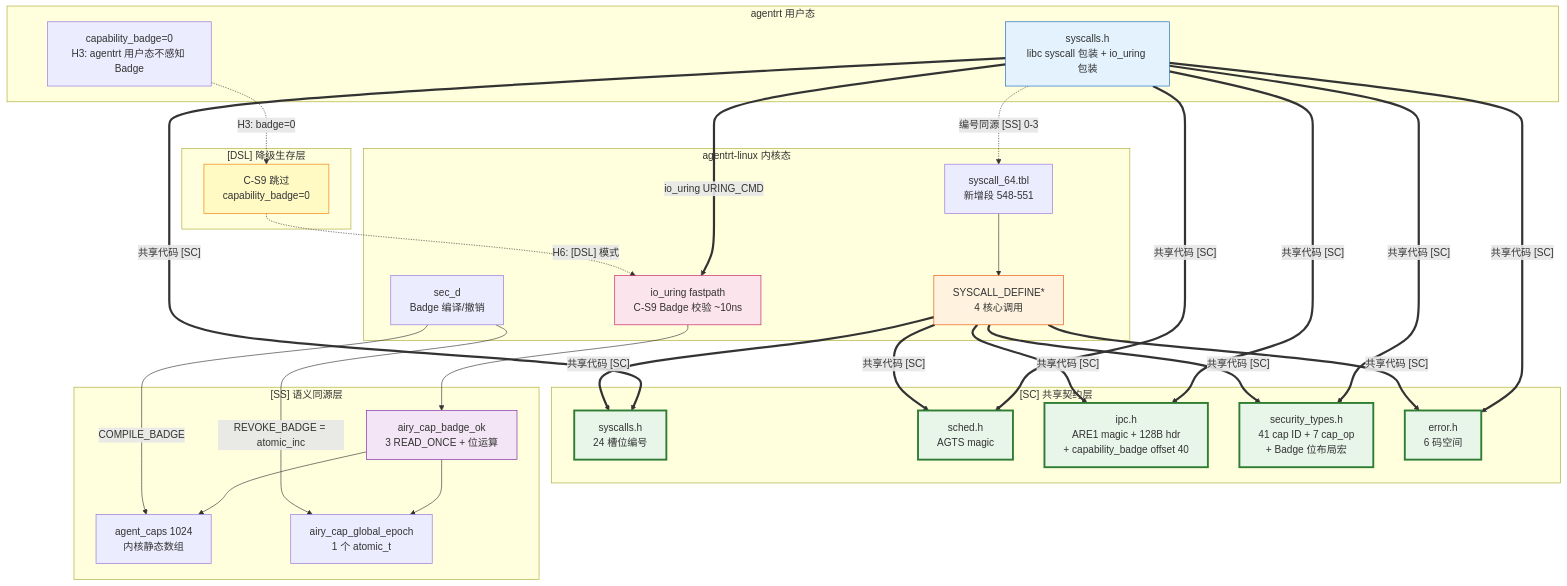
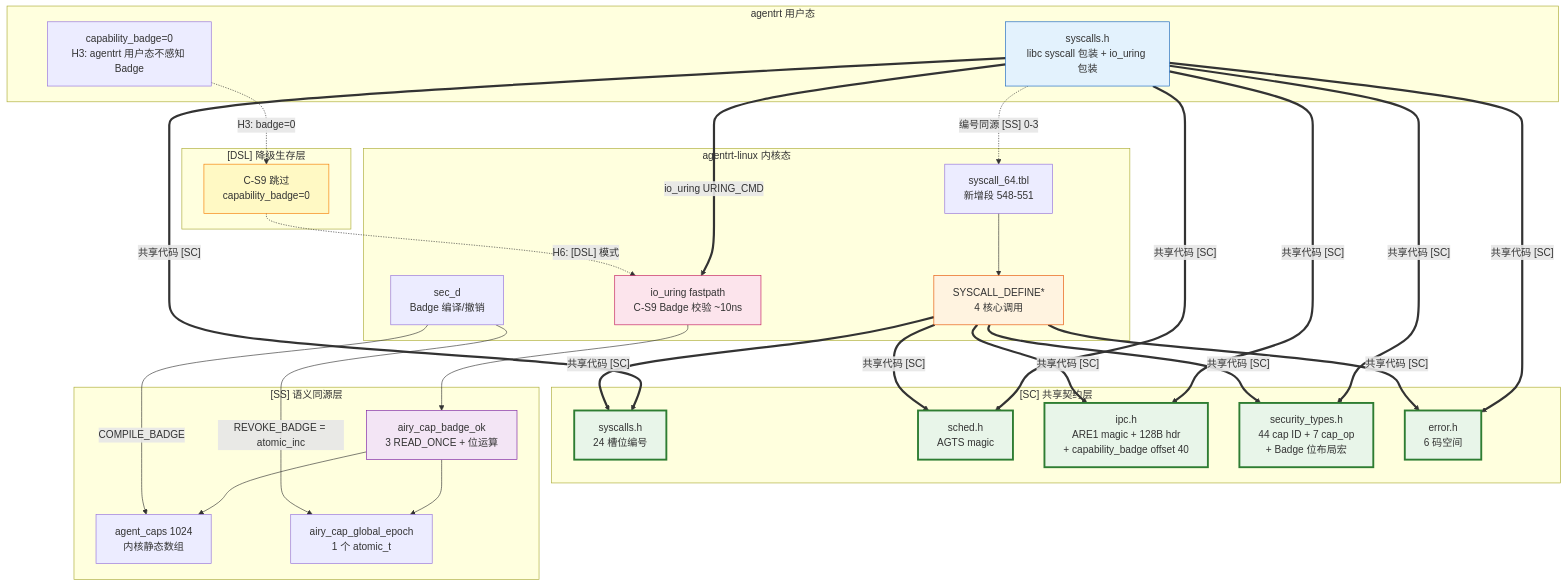
Before and after one commit to openairymax/docs: the diagram in AirymaxOS/30-interfaces/01-syscalls.md, drawn with Mermaid. The commit also changed 77 other files, not shown here.

````diff
--- a/AirymaxOS/30-interfaces/01-syscalls.md
+++ b/AirymaxOS/30-interfaces/01-syscalls.md
@@ -713,64 +713,64 @@
 ```mermaid
 graph TB
     subgraph "agentrt 用户态"
         RT_USR[syscalls.h<br/>libc syscall 包装 + io_uring 包装]
         RT_BADGE[capability_badge=0<br/>H3: agentrt 用户态不感知 Badge]
     end
 
     subgraph "agentrt-linux 内核态"
         OS_TBL[syscall_64.tbl<br/>新增段 548-551]
         OS_DEF[SYSCALL_DEFINE*<br/>4 核心调用]
         OS_FP[io_uring fastpath<br/>C-S9 Badge 校验 ~10ns]
         OS_SECD[sec_d<br/>Badge 编译/撤销]
     end
 
     subgraph "[SC] 共享契约层"
         SC0[syscalls.h<br/>24 槽位编号]
         SC1[sched.h<br/>AGTS magic]
         SC2[ipc.h<br/>ARE1 magic + 128B hdr<br/>+ capability_badge offset 40]
-        SC3[security_types.h<br/>41 cap ID + 7 cap_op<br/>+ Badge 位布局宏]
+        SC3[security_types.h<br/>44 cap ID + 7 cap_op<br/>+ Badge 位布局宏]
         SC4[error.h<br/>6 码空间]
     end
 
     subgraph "[SS] 语义同源层"
         SS_BADGE[airy_cap_badge_ok<br/>3 READ_ONCE + 位运算]
         SS_CAPS[agent_caps 1024<br/>内核静态数组]
         SS_EPOCH[airy_cap_global_epoch<br/>1 个 atomic_t]
     end
 
     subgraph "[DSL] 降级生存层"
         DSL_SKIP[C-S9 跳过<br/>capability_badge=0]
     end
 
     RT_USR -.->|"编号同源 [SS] 0-3"| OS_TBL
     OS_TBL --> OS_DEF
     RT_USR ==>|"io_uring URING_CMD"| OS_FP
     OS_FP --> SS_BADGE
     SS_BADGE --> SS_CAPS
     SS_BADGE --> SS_EPOCH
     OS_SECD -->|"COMPILE_BADGE"| SS_CAPS
     OS_SECD -->|"REVOKE_BADGE = atomic_inc"| SS_EPOCH
     RT_USR ==>|"共享代码 [SC]"| SC0
     RT_USR ==>|"共享代码 [SC]"| SC1
     RT_USR ==>|"共享代码 [SC]"| SC2
     RT_USR ==>|"共享代码 [SC]"| SC3
     RT_USR ==>|"共享代码 [SC]"| SC4
     OS_DEF ==>|"共享代码 [SC]"| SC0
     OS_DEF ==>|"共享代码 [SC]"| SC1
     OS_DEF ==>|"共享代码 [SC]"| SC2
     OS_DEF ==>|"共享代码 [SC]"| SC3
     OS_DEF ==>|"共享代码 [SC]"| SC4
     RT_BADGE -.->|"H3: badge=0"| DSL_SKIP
     DSL_SKIP -.->|"H6: [DSL] 模式"| OS_FP
 
     style SC0 fill:#e8f5e9,stroke:#2e7d32,stroke-width:3px
     style SC1 fill:#e8f5e9,stroke:#2e7d32,stroke-width:3px
     style SC2 fill:#e8f5e9,stroke:#2e7d32,stroke-width:3px
     style SC3 fill:#e8f5e9,stroke:#2e7d32,stroke-width:3px
     style SC4 fill:#e8f5e9,stroke:#2e7d32,stroke-width:3px
     style RT_USR fill:#e3f2fd,stroke:#1565c0
     style OS_DEF fill:#fff3e0,stroke:#e65100
     style OS_FP fill:#fce4ec,stroke:#c2185b
     style SS_BADGE fill:#f3e5f5,stroke:#7b1fa2
     style DSL_SKIP fill:#fff9c4,stroke:#f57c00
 ```
````
